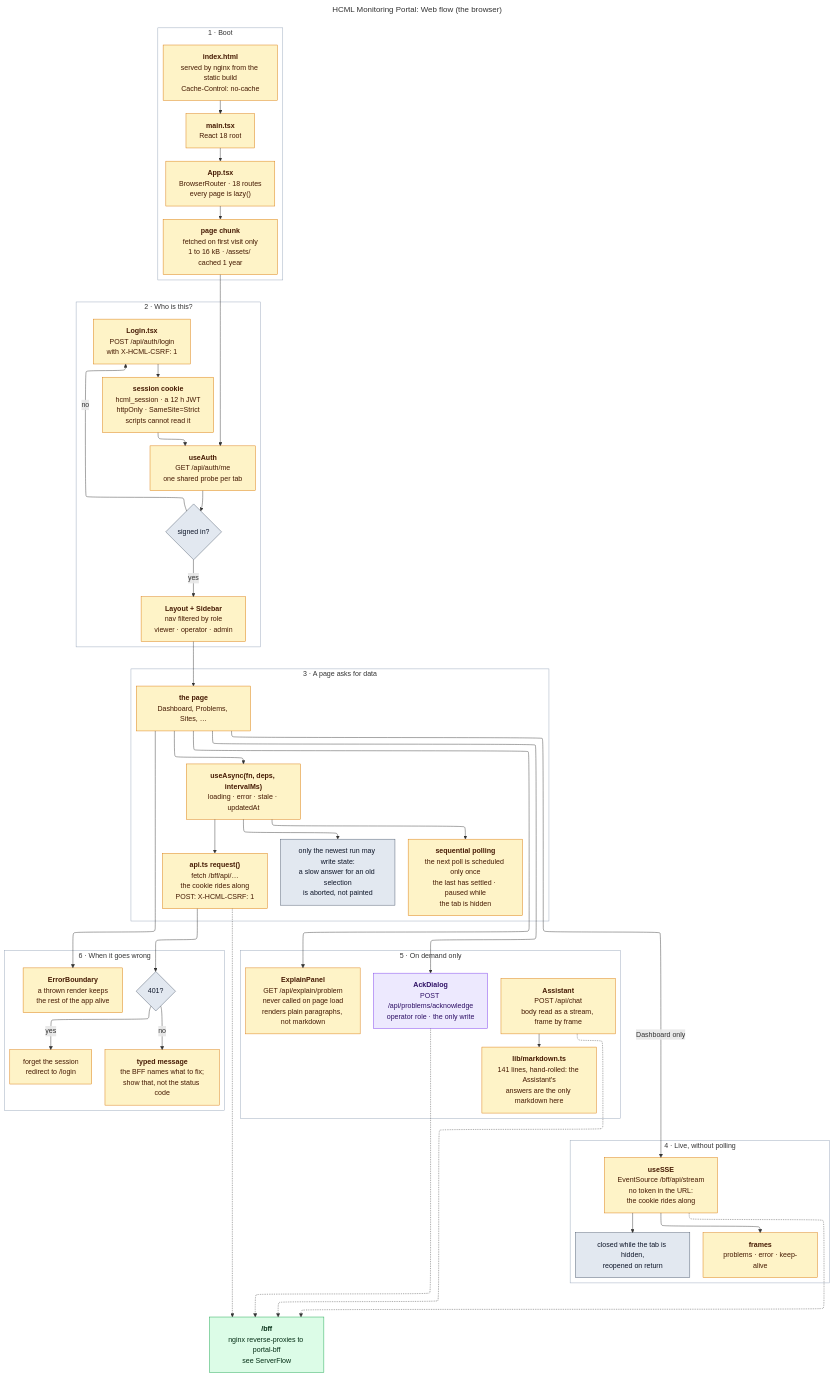
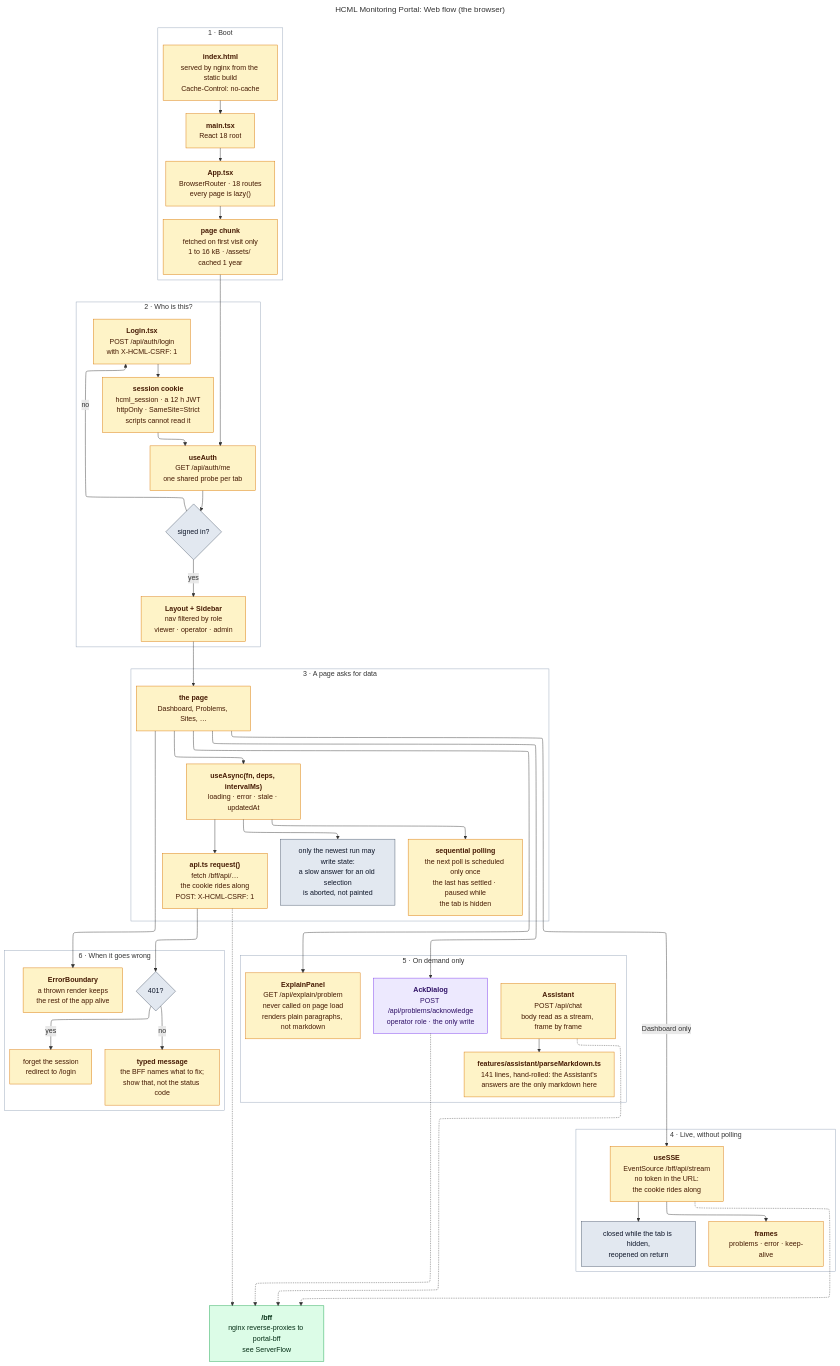
Before and after one commit to Fxkra28/Dashboard-Zabbix-Prototype: the diagram in docs/flow/WebFlow.mmd, drawn with Mermaid. The commit also changed 573 other files, not shown here.

```diff
--- a/docs/flow/WebFlow.mmd
+++ b/docs/flow/WebFlow.mmd
@@ -1,139 +1,139 @@
 ---
 title: "HCML Monitoring Portal: Web flow (the browser)"
 config:
   layout: elk
   elk:
     mergeEdges: false
     nodePlacementStrategy: BRANDES_KOEPF
 ---
 flowchart TB
 
     %%  Web flow: what happens in the browser, from the first byte
     %%  nginx serves to the moment a page has data on screen.
 
     %%  Amber  runs in the browser.
     %%  Green  the portal's own BFF, same origin, behind /bff.
     %%  Grey   a decision, a guard, or a boundary.
 
     %%  Nothing here ever holds a Zabbix or model credential. Every call
     %%  goes to /bff. The portal JWT rides in an httpOnly cookie that no
     %%  script on the page can read (ADR-0010); it only proves who the
     %%  user is to the portal and grants nothing in Zabbix.
 
     %%  Two arrows were corrected against the code and must stay this
     %%  way. (1) The stream is opened by the Dashboard, not the shell:
     %%  useSSE has exactly one call site, Overview.tsx, and navigating
     %%  away closes the connection. The Problems page does not stream at
     %%  all: it polls every 30 s. (2) There is no ExplainPanel ->
     %%  markdown arrow: ExplainPanel renders its fields as plain <p>
     %%  paragraphs and never imports the renderer. The Assistant is its
     %%  only consumer.
 
     %%  Note also that stage 2's "signed in?" diamond is not implemented
     %%  as a route guard. No component reads the role and redirects; the
     %%  automatic paths to /login are api.ts reacting to a 401, to a
     %%  sign-out in another tab, or to a page Back restores after one, so
     %%  an unauthenticated visitor sees the chrome for one round trip.
 
     subgraph W1["1 &middot; Boot"]
         HTML["<b>index.html</b><br>served by nginx from the static build<br>Cache-Control: no-cache"]
         MAIN["<b>main.tsx</b><br>React 18 root"]
         APP["<b>App.tsx</b><br>BrowserRouter &middot; 18 routes<br>every page is lazy()"]
         CHUNK["<b>page chunk</b><br>fetched on first visit only<br>1 to 16 kB &middot; /assets/ cached 1 year"]
 
         HTML --> MAIN --> APP --> CHUNK
     end
 
     subgraph W2["2 &middot; Who is this?"]
         ME["<b>useAuth</b><br>GET /api/auth/me<br>one shared probe per tab"]
         HASROLE{"signed in?"}
         LOGIN["<b>Login.tsx</b><br>POST /api/auth/login<br>with X-HCML-CSRF: 1"]
         COOKIE["<b>session cookie</b><br>hcml_session &middot; a 12 h JWT<br>httpOnly &middot; SameSite=Strict<br>scripts cannot read it"]
         LAYOUT["<b>Layout + Sidebar</b><br>nav filtered by role<br>viewer &middot; operator &middot; admin"]
 
         ME --> HASROLE
         HASROLE -->|"no"| LOGIN
         LOGIN --> COOKIE
         COOKIE --> ME
         HASROLE -->|"yes"| LAYOUT
     end
 
     subgraph W3["3 &middot; A page asks for data"]
         PAGE["<b>the page</b><br>Dashboard, Problems, Sites, &hellip;"]
         ASYNC["<b>useAsync(fn, deps, intervalMs)</b><br>loading &middot; error &middot; stale &middot; updatedAt"]
         GUARD["only the newest run may write state:<br>a slow answer for an old selection<br>is aborted, not painted"]
         POLL["<b>sequential polling</b><br>the next poll is scheduled only once<br>the last has settled &middot; paused while<br>the tab is hidden"]
         APICALL["<b>api.ts request()</b><br>fetch /bff/api/&hellip;<br>the cookie rides along<br>POST: X-HCML-CSRF: 1"]
 
         PAGE --> ASYNC
         ASYNC --> GUARD
         ASYNC --> POLL
         ASYNC --> APICALL
     end
 
     subgraph W4["4 &middot; Live, without polling"]
         SSE["<b>useSSE</b><br>EventSource /bff/api/stream<br>no token in the URL:<br>the cookie rides along"]
         FRAMES["<b>frames</b><br>problems &middot; error &middot; keep-alive"]
         HIDDEN["closed while the tab is hidden,<br>reopened on return"]
 
         SSE --> FRAMES
         SSE --> HIDDEN
     end
 
     subgraph W5["5 &middot; On demand only"]
         EXPLAIN["<b>ExplainPanel</b><br>GET /api/explain/problem<br>never called on page load<br>renders plain paragraphs, not markdown"]
         CHATP["<b>Assistant</b><br>POST /api/chat<br>body read as a stream, frame by frame"]
-        MD["<b>lib/markdown.ts</b><br>141 lines, hand-rolled: the Assistant's<br>answers are the only markdown here"]
+        MD["<b>features/assistant/parseMarkdown.ts</b><br>141 lines, hand-rolled: the Assistant's<br>answers are the only markdown here"]
         ACK["<b>AckDialog</b><br>POST /api/problems/acknowledge<br>operator role &middot; the only write"]
 
         CHATP --> MD
     end
 
     subgraph W6["6 &middot; When it goes wrong"]
         R401{"401?"}
         SIGNOUT["forget the session<br>redirect to /login"]
         TYPED["<b>typed message</b><br>the BFF names what to fix;<br>show that, not the status code"]
         BOUNDARY["<b>ErrorBoundary</b><br>a thrown render keeps<br>the rest of the app alive"]
 
         R401 -->|"yes"| SIGNOUT
         R401 -->|"no"| TYPED
     end
 
     BFF["<b>/bff</b><br>nginx reverse-proxies to portal-bff<br>see ServerFlow"]
 
     CHUNK --> ME
     LAYOUT --> PAGE
     PAGE -->|"Dashboard only"| SSE
     PAGE --> EXPLAIN
     PAGE --> ACK
     PAGE --> BOUNDARY
     APICALL --> R401
     APICALL -.-> BFF
     SSE -.-> BFF
     CHATP -.-> BFF
     ACK -.-> BFF
 
     %% Frames must stay unfilled or they paint over the relationship lines.
 
     classDef browser fill:#fef3c7,stroke:#d97706,color:#451a03
     classDef server  fill:#dcfce7,stroke:#16a34a,color:#052e16
     classDef choice  fill:#e2e8f0,stroke:#475569,color:#0f172a
     classDef written fill:#ede9fe,stroke:#7c3aed,color:#2e1065
 
     style W1 fill:none,stroke:#94a3b8
     style W2 fill:none,stroke:#94a3b8
     style W3 fill:none,stroke:#94a3b8
     style W4 fill:none,stroke:#94a3b8
     style W5 fill:none,stroke:#94a3b8
     style W6 fill:none,stroke:#94a3b8
 
     class HTML,MAIN,APP,CHUNK browser
     class ME,LOGIN,COOKIE,LAYOUT browser
     class PAGE,ASYNC,POLL,APICALL browser
     class SSE,FRAMES,EXPLAIN,CHATP,MD browser
     class SIGNOUT,TYPED,BOUNDARY browser
 
     class ACK written
     class BFF server
     class HASROLE,R401,GUARD,HIDDEN choice
-%% source-hash: 3cae81561f1d
+%% source-hash: db409db3a3ba
```
